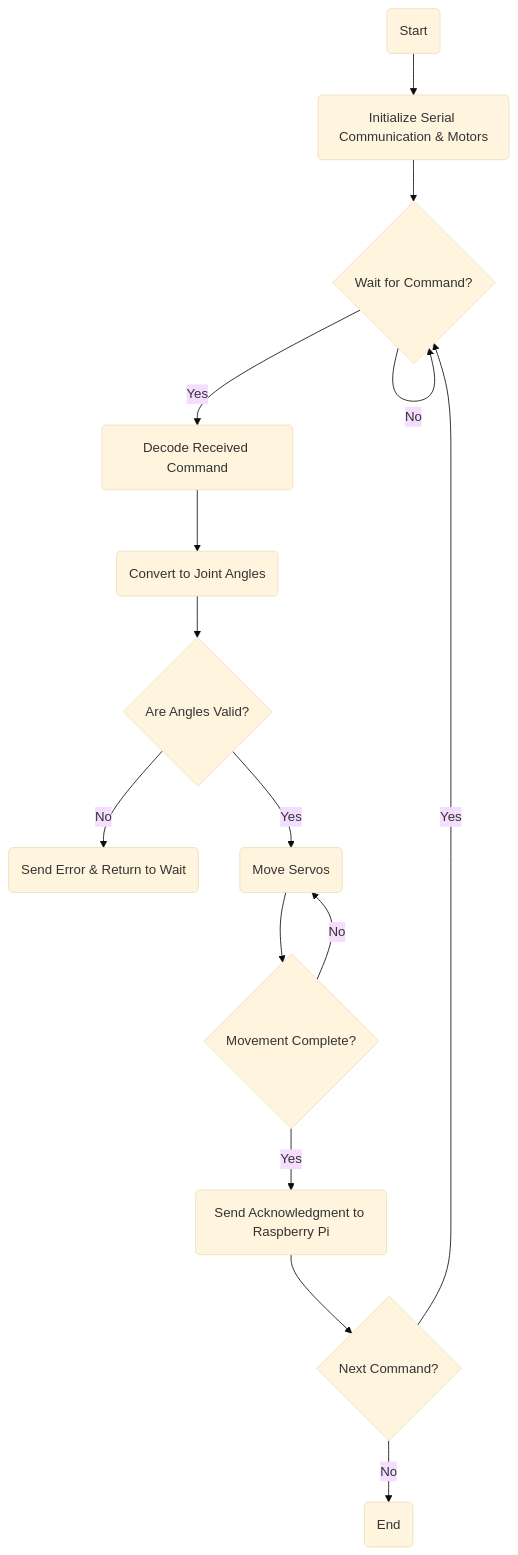
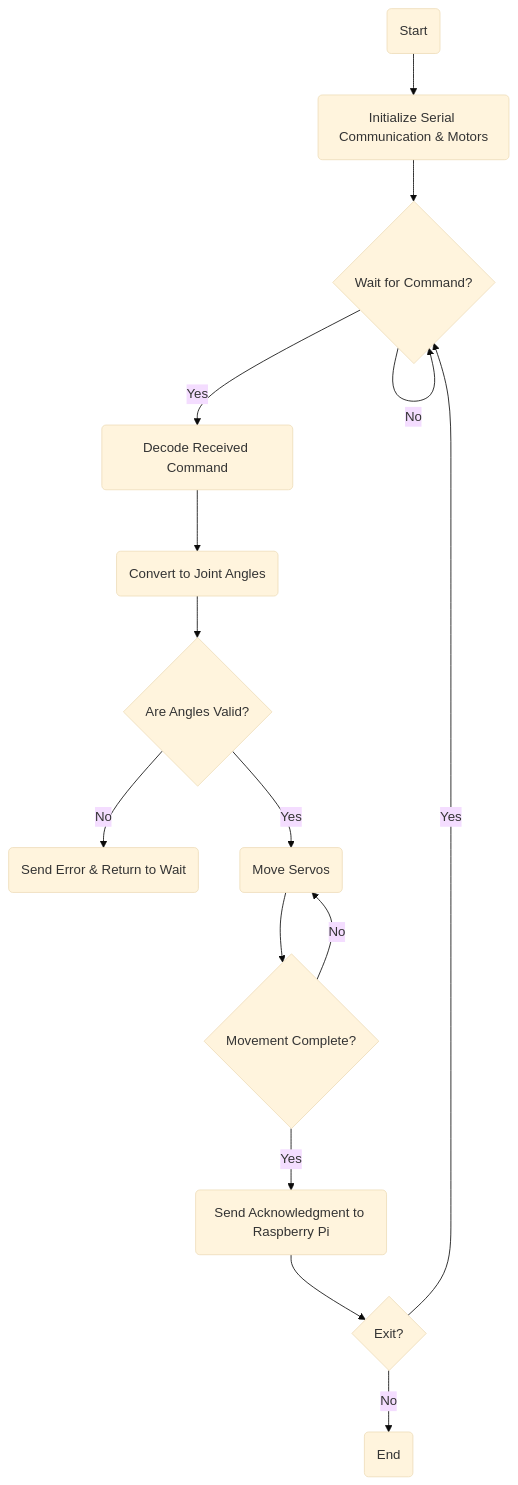
Before and after one commit to Ngoc411/Robotic-arm-classifies-objects-using-computer-vision-with-raspi4-and-arduino: the second of 2 diagrams in README.md, drawn with Mermaid (base theme).

````diff
--- a/README.md
+++ b/README.md
@@ -47,17 +47,17 @@
 ``` mermaid
 graph TD;
   A(Start) --> B(Initialize Serial Communication & Motors)
   B --> C{Wait for Command?}
   C -->|No| C
   C -->|Yes| D(Decode Received Command)
   D --> E(Convert to Joint Angles)
   E --> F{Are Angles Valid?}
   F -->|No| G(Send Error & Return to Wait)
   F -->|Yes| H(Move Servos)
   H --> I{Movement Complete?}
   I -->|No| H
   I -->|Yes| J(Send Acknowledgment to Raspberry Pi)
-  J --> K{Next Command?}
+  J --> K{Exit?}
   K -->|Yes| C
   K -->|No| L(End)
 ```
````
